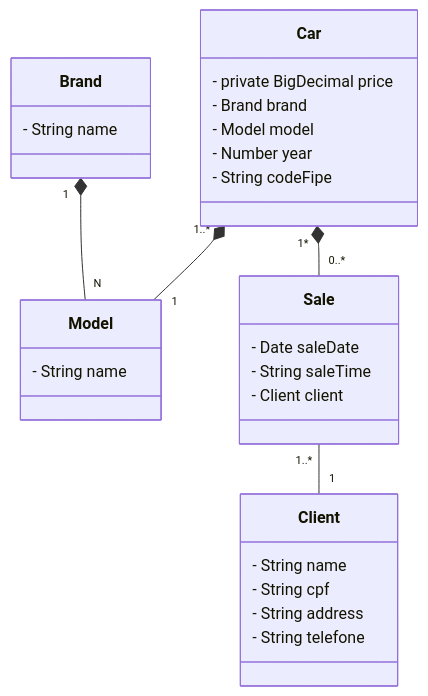
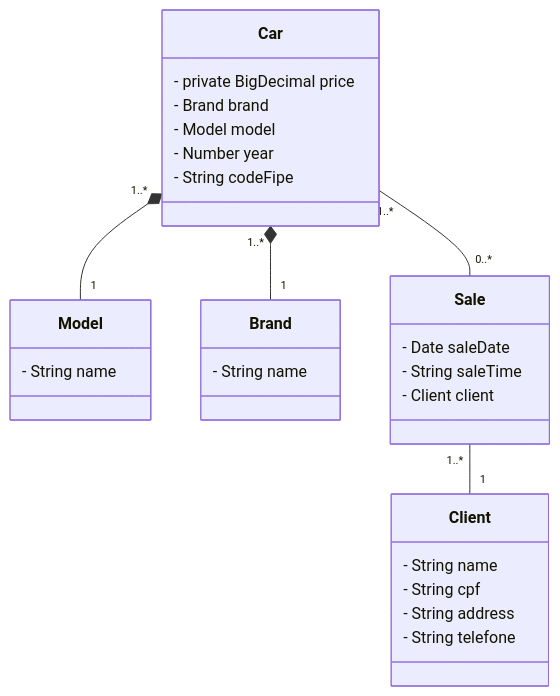
Before and after one commit to JamesCode-Ts/Cars: the diagram in README.md, drawn with Mermaid.

````diff
--- a/README.md
+++ b/README.md
@@ -4,38 +4,38 @@
 ```mermaid
 classDiagram
   class Car {
     - private BigDecimal price
     - Brand brand
     - Model model
     - Number year
     - String codeFipe
   }
 
   class Model {
     - String name
   }
 
   class Brand {
     - String name
   }
 
   class Sale {
     - Date saleDate
     - String saleTime
     - Client client
   }
   
   class Client {
     - String name
     - String cpf
     - String address
     - String telefone
   }
 
-  Car "1..*" *-- "1" Model
-  Car "1*" *-- "0..*" Sale
-  Brand "1" *-- "N" Model
+  Car "1..* " *-- "1" Model
+  Car "1..* " -- "0..*" Sale
+  Car "1..*" *-- "1" Brand
   Sale "1..*" -- "1" Client
 
 
 ```
````
